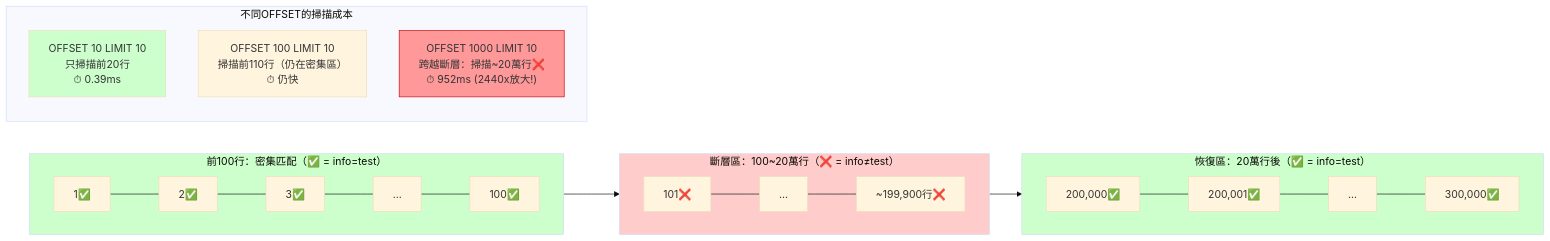
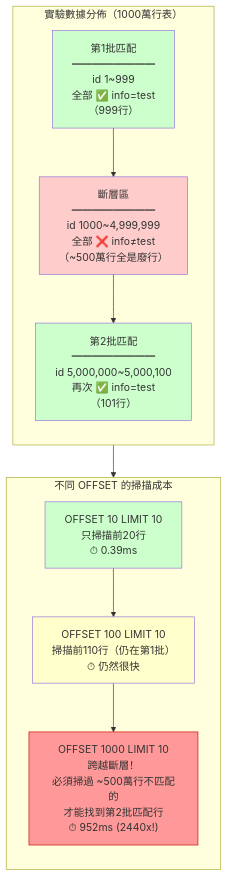
Before and after one commit to henry-tpwong/postgresql_note: the eighth of 13 diagrams in pagination/PostgreSQL_分頁查詢全面解析.md, drawn with Mermaid. The commit also changed other lines of this file, not shown here.

First line of the commit message:
docs(pagination): 添加 Mermaid 圖表並澄清核心概念

````diff
--- a/pagination/PostgreSQL_分頁查詢全面解析.md
+++ b/pagination/PostgreSQL_分頁查詢全面解析.md
@@ -255,33 +367,27 @@
 ```mermaid
-%%{init: {'theme': 'base'}}%%
-flowchart LR
-    subgraph dense["前100行：密集匹配（✅ = info=test）"]
-        direction LR
-        d1["1✅"] --- d2["2✅"] --- d3["3✅"] --- dots1["..."] --- d100["100✅"]
-    end
-    
-    subgraph gap["斷層區：100~20萬行（❌ = info≠test）"]
-        direction LR
-        g1["101❌"] --- g2["..."] --- gm["~199,900行❌"]
+flowchart TB
+    subgraph data["實驗數據分佈（1000萬行表）"]
+        direction TB
+        dense["第1批匹配<br/>━━━━━━━━<br/>id 1~999<br/>全部 ✅ info=test<br/>（999行）"]
+        gap["斷層區<br/>━━━━━━━━<br/>id 1000~4,999,999<br/>全部 ❌ info≠test<br/>（~500萬行全是廢行）"]
+        sparse["第2批匹配<br/>━━━━━━━━<br/>id 5,000,000~5,000,100<br/>再次 ✅ info=test<br/>（101行）"]
+        dense --> gap --> sparse
     end
 
-    subgraph sparse["恢復區：20萬行後（✅ = info=test）"]
-        direction LR
-        s1["200,000✅"] --- s2["200,001✅"] --- dots2["..."] --- s300k["300,000✅"]
-    end
+    data --> query_phases
 
-    dense --> gap --> sparse
-
-    subgraph query_phases["不同OFFSET的掃描成本"]
+    subgraph query_phases["不同 OFFSET 的掃描成本"]
         direction TB
         p1["OFFSET 10 LIMIT 10<br/>只掃描前20行<br/>⏱ 0.39ms"]
-        p2["OFFSET 100 LIMIT 10<br/>掃描前110行（仍在密集區）<br/>⏱ 仍快"]
-        p3["OFFSET 1000 LIMIT 10<br/>跨越斷層：掃描~20萬行❌<br/>⏱ 952ms (2440x放大!)"]
+        p2["OFFSET 100 LIMIT 10<br/>掃描前110行（仍在第1批）<br/>⏱ 仍然很快"]
+        p3["OFFSET 1000 LIMIT 10<br/>跨越斷層！<br/>必須掃過 ~500萬行不匹配的<br/>才能找到第2批匹配行<br/>⏱ 952ms (2440x!)"]
+        p1 --> p2 --> p3
     end
 
     style dense fill:#ccffcc
     style gap fill:#ffcccc
     style sparse fill:#ccffcc
+    style p1 fill:#ccffcc
+    style p2 fill:#ffffcc
     style p3 fill:#ff9999,stroke:#cc0000
-    style p1 fill:#ccffcc
 ```
````
